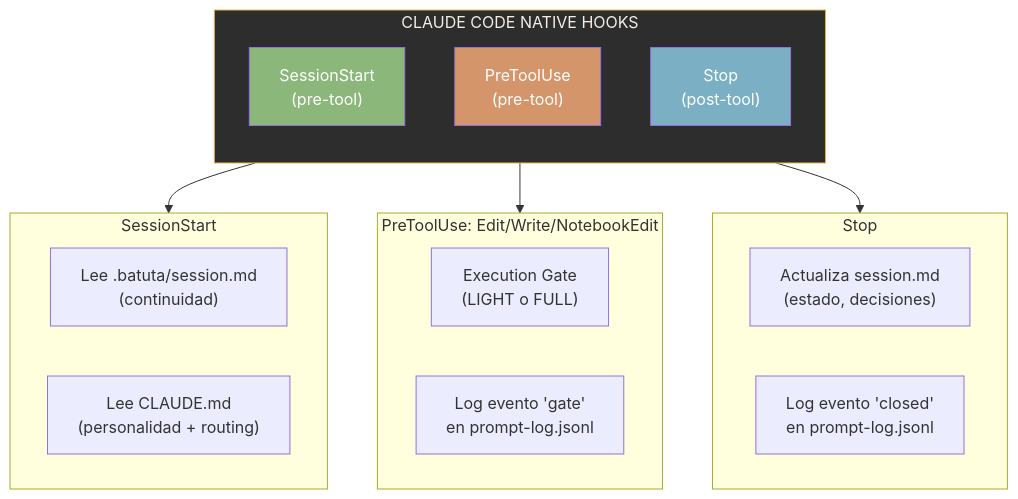
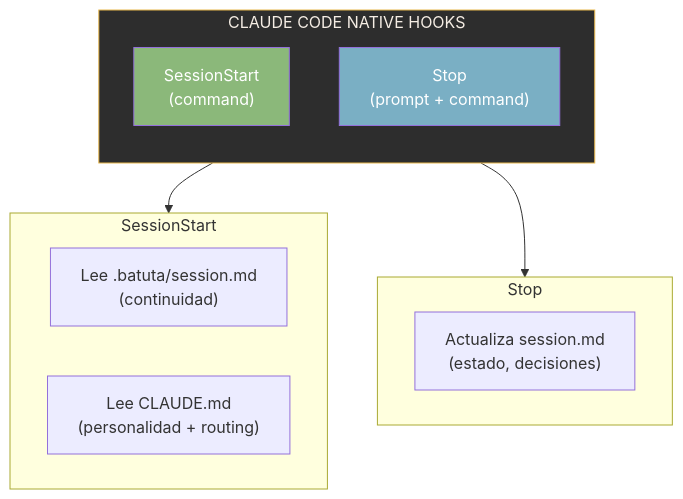
One commit to jota-batuta/batuta-dots changed diagram 17 of 23 in docs/architecture/arquitectura-diagrama.md. Above: the diagram before and after it, drawn with Mermaid. The commit also changed other lines of this file and 69 other files, not shown here.

````diff
--- a/docs/architecture/arquitectura-diagrama.md
+++ b/docs/architecture/arquitectura-diagrama.md
@@ -679,33 +617,24 @@
 ```mermaid
 flowchart TD
     subgraph HOOKS["CLAUDE CODE NATIVE HOOKS"]
         direction TB
-        SS["SessionStart<br/>(pre-tool)"]
-        PTU["PreToolUse<br/>(pre-tool)"]
-        STOP["Stop<br/>(post-tool)"]
+        SS["SessionStart<br/>(command)"]
+        STOP["Stop<br/>(prompt + command)"]
     end
 
     subgraph SS_ACTIONS["SessionStart"]
         READ_SESSION["Lee .batuta/session.md<br/>(continuidad)"]
         READ_CLAUDE["Lee CLAUDE.md<br/>(personalidad + routing)"]
     end
 
-    subgraph PTU_ACTIONS["PreToolUse: Edit/Write/NotebookEdit"]
-        GATE_CHECK["Execution Gate<br/>(LIGHT o FULL)"]
-        LOG_GATE["Log evento 'gate'<br/>en prompt-log.jsonl"]
-    end
-
     subgraph STOP_ACTIONS["Stop"]
         UPDATE_SESSION["Actualiza session.md<br/>(estado, decisiones)"]
-        LOG_CLOSE["Log evento 'closed'<br/>en prompt-log.jsonl"]
     end
 
     SS --> SS_ACTIONS
-    PTU --> PTU_ACTIONS
     STOP --> STOP_ACTIONS
 
     style HOOKS fill:#2d2d2d,stroke:#E8B84D,color:#F5EDE4
     style SS fill:#8BB87A,color:#fff
-    style PTU fill:#D4956A,color:#fff
     style STOP fill:#7AAFC4,color:#fff
 ```
````
